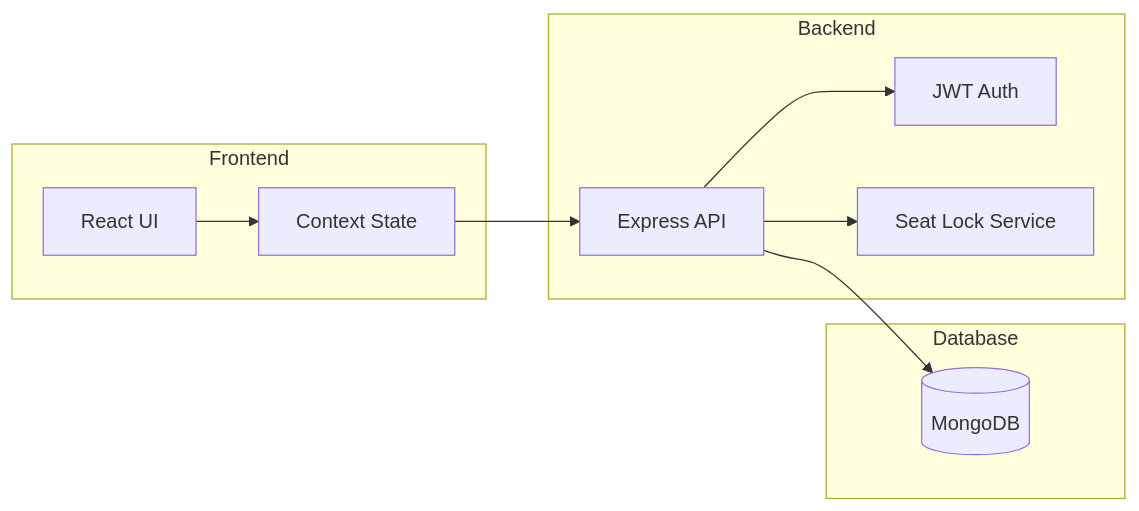
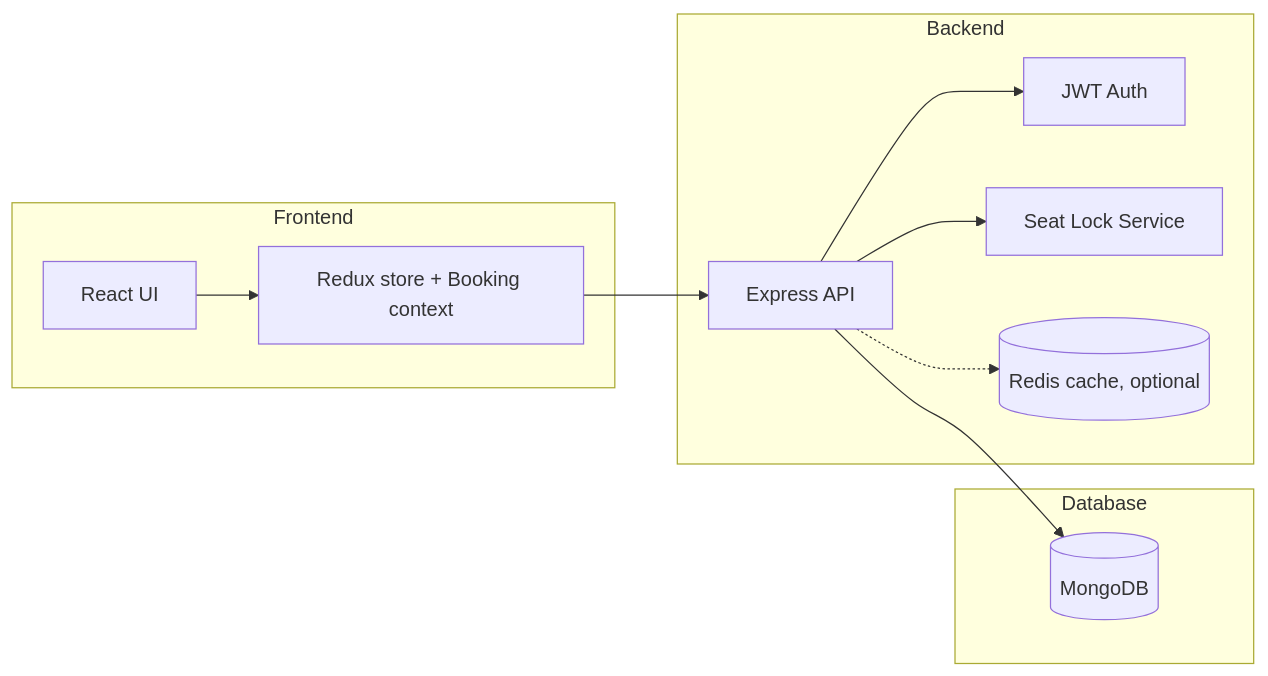
Before and after one commit to jayy-codes07/ShowTimeX: the first of 2 diagrams in docs/diagrams.md, drawn with Mermaid. The commit also changed 2 other files, not shown here.

Commit message:
docs: README, diagrams and env template for the cache and Redux
- CI badge, Try it in 60 seconds, by-the-numbers line
- cache feature, decisions, env table, API footnotes, 62-test breakdown
- known limitations and roadmap updated; frontend README points at the root

````diff
--- a/docs/diagrams.md
+++ b/docs/diagrams.md
@@ -4,23 +4,25 @@
 ```mermaid
 flowchart LR
   subgraph Frontend
     UI[React UI]
-    Store[Context State]
+    Store[Redux store + Booking context]
   end
 
   subgraph Backend
     API[Express API]
     Auth[JWT Auth]
     Locks[Seat Lock Service]
+    Cache[(Redis cache, optional)]
   end
 
   subgraph Database
     Mongo[(MongoDB)]
   end
 
   UI --> Store
   Store --> API
+  API -.-> Cache
   API --> Auth
   API --> Locks
   API --> Mongo
 ```
````
